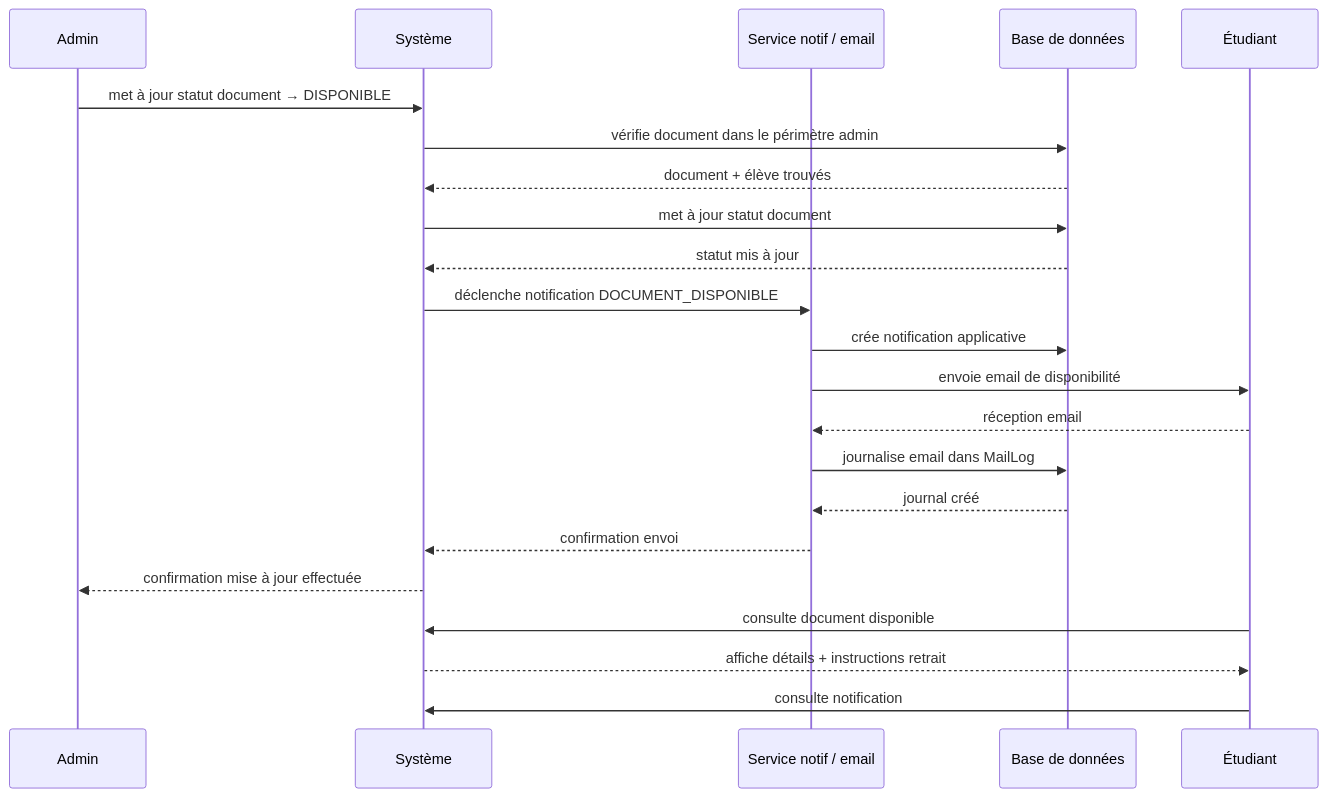
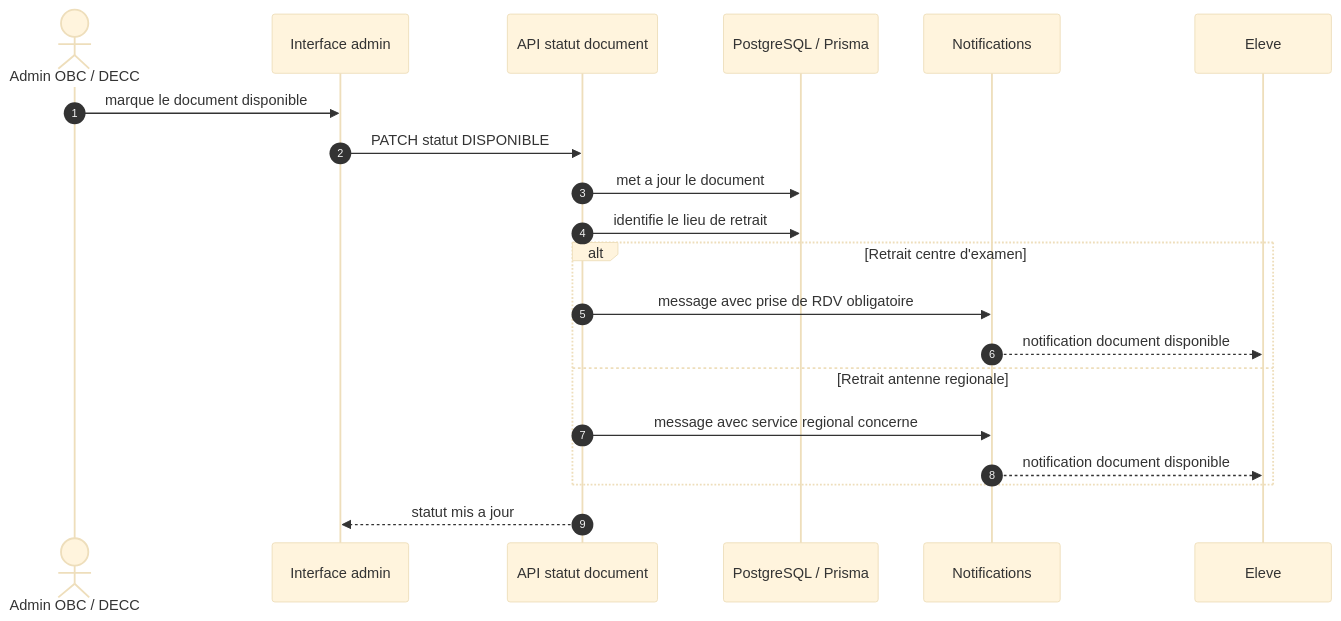
One commit to yoppanjikamf/application-demande-document-academique changed the sixth of 11 diagrams in docs/diagrammes_uml_mis_a_jour.md. Above: the diagram before and after it, drawn with Mermaid. The commit also changed other lines of this file and 445 other files, not shown here.

````diff
--- a/docs/diagrammes_uml_mis_a_jour.md
+++ b/docs/diagrammes_uml_mis_a_jour.md
@@ -495,25 +510,24 @@
 ```mermaid
+%%{init: {"theme": "base", "themeVariables": {"fontFamily": "Arial", "fontSize": "20px"}}}%%
 sequenceDiagram
-    participant Admin as Admin
-    participant Systeme as Système
-    participant ServiceNotif as Service notif / email
-    participant BDD as Base de données
-    participant Etudiant as Étudiant
+    autonumber
+    actor Admin as Admin OBC / DECC
+    participant UI as Interface admin
+    participant API as API statut document
+    participant DB as PostgreSQL / Prisma
+    participant Notif as Notifications
+    participant Eleve as Eleve
 
-    Admin->>Systeme: met à jour statut document → DISPONIBLE
-    Systeme->>BDD: vérifie document dans le périmètre admin
-    BDD-->>Systeme: document + élève trouvés
-    Systeme->>BDD: met à jour statut document
-    BDD-->>Systeme: statut mis à jour
-    Systeme->>ServiceNotif: déclenche notification DOCUMENT_DISPONIBLE
-    ServiceNotif->>BDD: crée notification applicative
-    ServiceNotif->>Etudiant: envoie email de disponibilité
-    Etudiant-->>ServiceNotif: réception email
-    ServiceNotif->>BDD: journalise email dans MailLog
-    BDD-->>ServiceNotif: journal créé
-    ServiceNotif-->>Systeme: confirmation envoi
-    Systeme-->>Admin: confirmation mise à jour effectuée
-    Etudiant->>Systeme: consulte document disponible
-    Systeme-->>Etudiant: affiche détails + instructions retrait
-    Etudiant->>Systeme: consulte notification
+    Admin->>UI: marque le document disponible
+    UI->>API: PATCH statut DISPONIBLE
+    API->>DB: met a jour le document
+    API->>DB: identifie le lieu de retrait
+    alt Retrait centre d'examen
+        API->>Notif: message avec prise de RDV obligatoire
+        Notif-->>Eleve: notification document disponible
+    else Retrait antenne regionale
+        API->>Notif: message avec service regional concerne
+        Notif-->>Eleve: notification document disponible
+    end
+    API-->>UI: statut mis a jour
 ```
````
